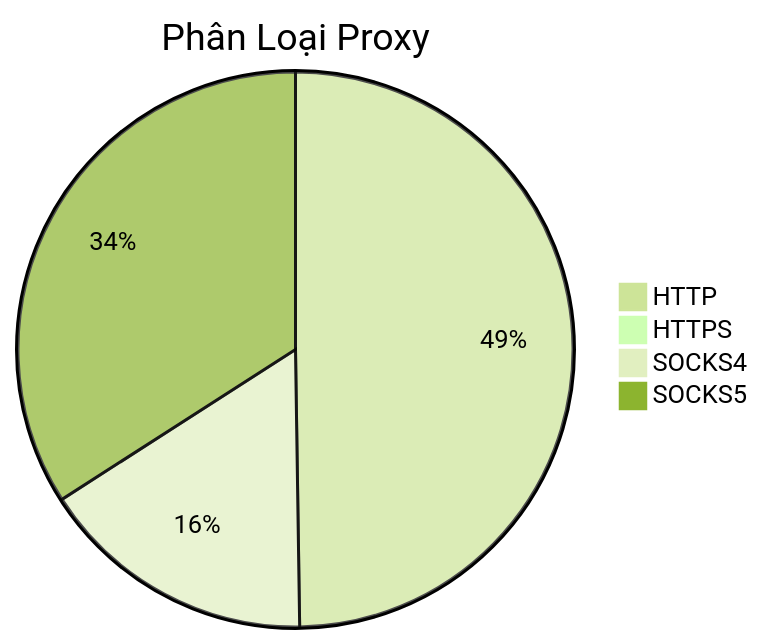
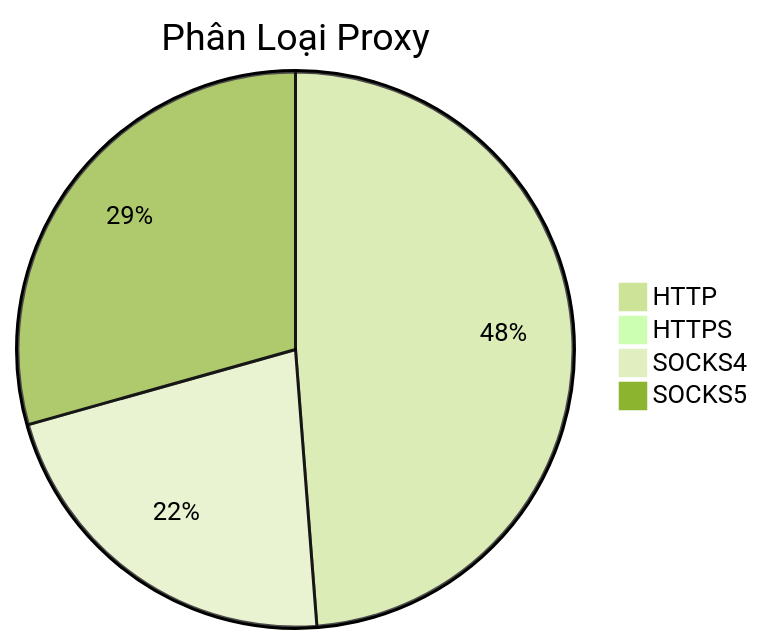
Before and after one commit to Ciara-Aa/PROXY-free: the diagram in README.md, drawn with Mermaid (forest theme). The commit also changed other lines of this file and 4 other files, not shown here.

````diff
--- a/README.md
+++ b/README.md
@@ -26,7 +26,7 @@
 ```mermaid
 pie title Phân Loại Proxy
-    "HTTP" : 311
-    "HTTPS" : 4
-    "SOCKS4" : 101
-    "SOCKS5" : 213
+    "HTTP" : 397
+    "HTTPS" : 5
+    "SOCKS4" : 178
+    "SOCKS5" : 239
 ```
````
